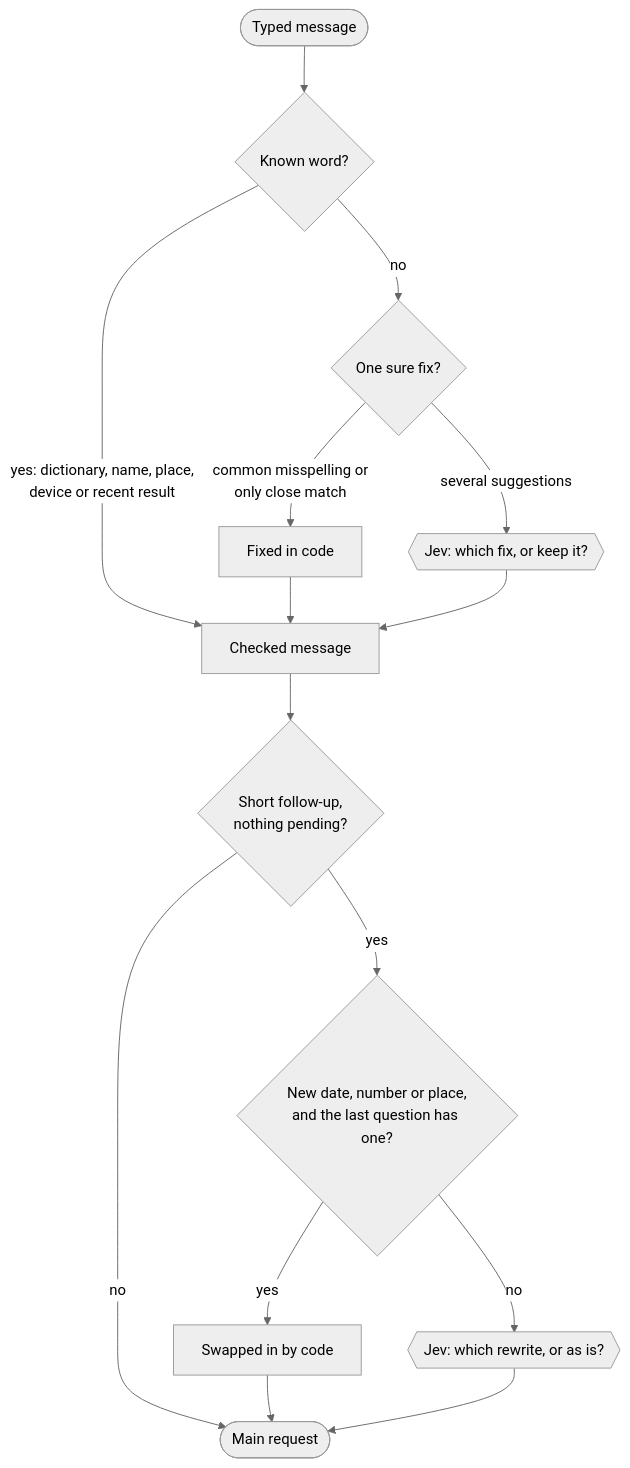
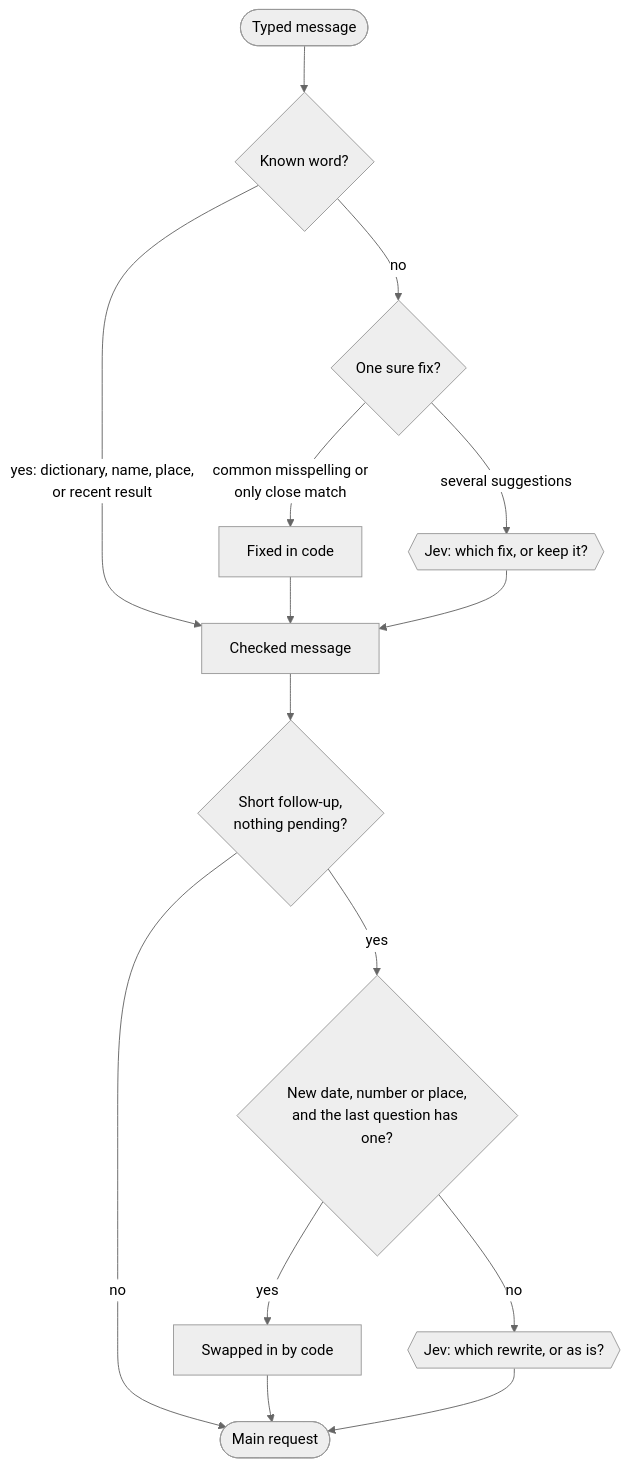
The fourth of 6 diagrams in README.md (juziyt/sra-jev-chat), drawn with Mermaid (neutral theme) before and after one commit. The commit also changed other lines of this file and 87 other files, not shown here.

````diff
--- a/README.md
+++ b/README.md
@@ -224,17 +206,17 @@
 ```mermaid
 flowchart TD
   Msg([Typed message]) --> Known{Known word?}
-  Known -->|"yes: dictionary, name, place,<br/>device or recent result"| Checked[Checked message]
+  Known -->|"yes: dictionary, name, place,<br/>or recent result"| Checked[Checked message]
   Known -->|no| Sure{One sure fix?}
   Sure -->|"common misspelling or<br/>only close match"| Fix[Fixed in code]
   Sure -->|several suggestions| SpellJev{{"Jev: which fix, or keep it?"}}
   Fix --> Checked
   SpellJev --> Checked
   Checked --> Short{Short follow-up,<br/>nothing pending?}
   Short -->|no| Main([Main request])
   Short -->|yes| Slot{"New date, number or place,<br/>and the last question has one?"}
   Slot -->|yes| Swap[Swapped in by code]
   Slot -->|no| FollowJev{{"Jev: which rewrite, or as is?"}}
   Swap --> Main
   FollowJev --> Main
 ```
````
